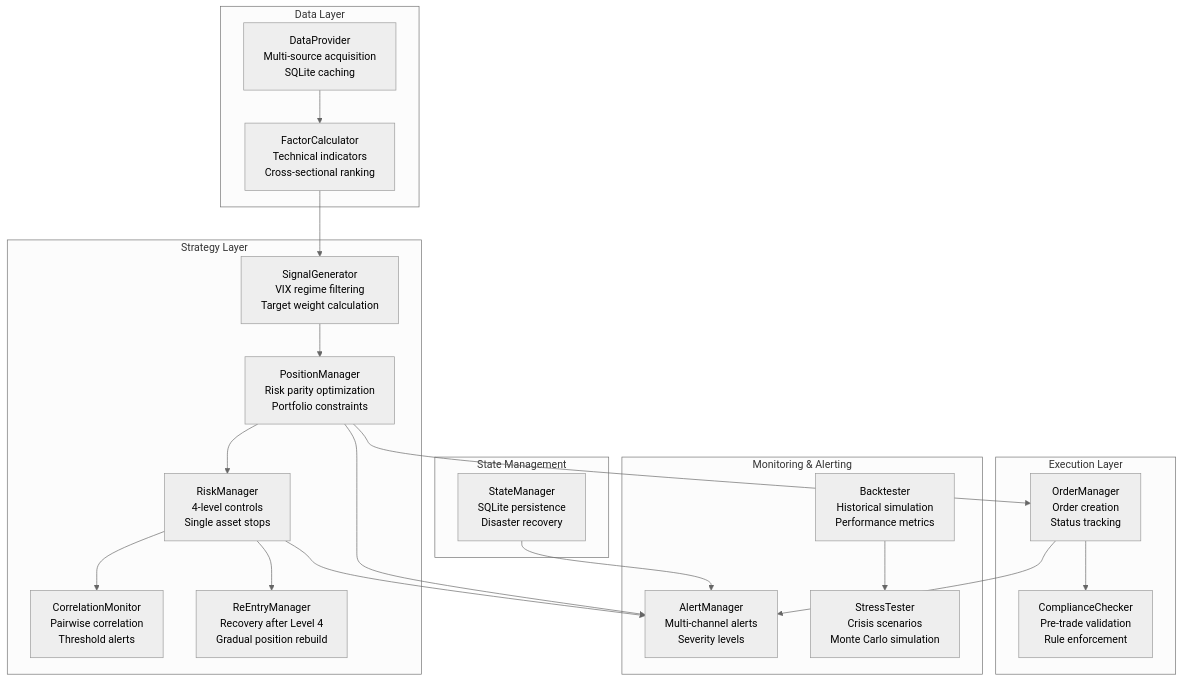
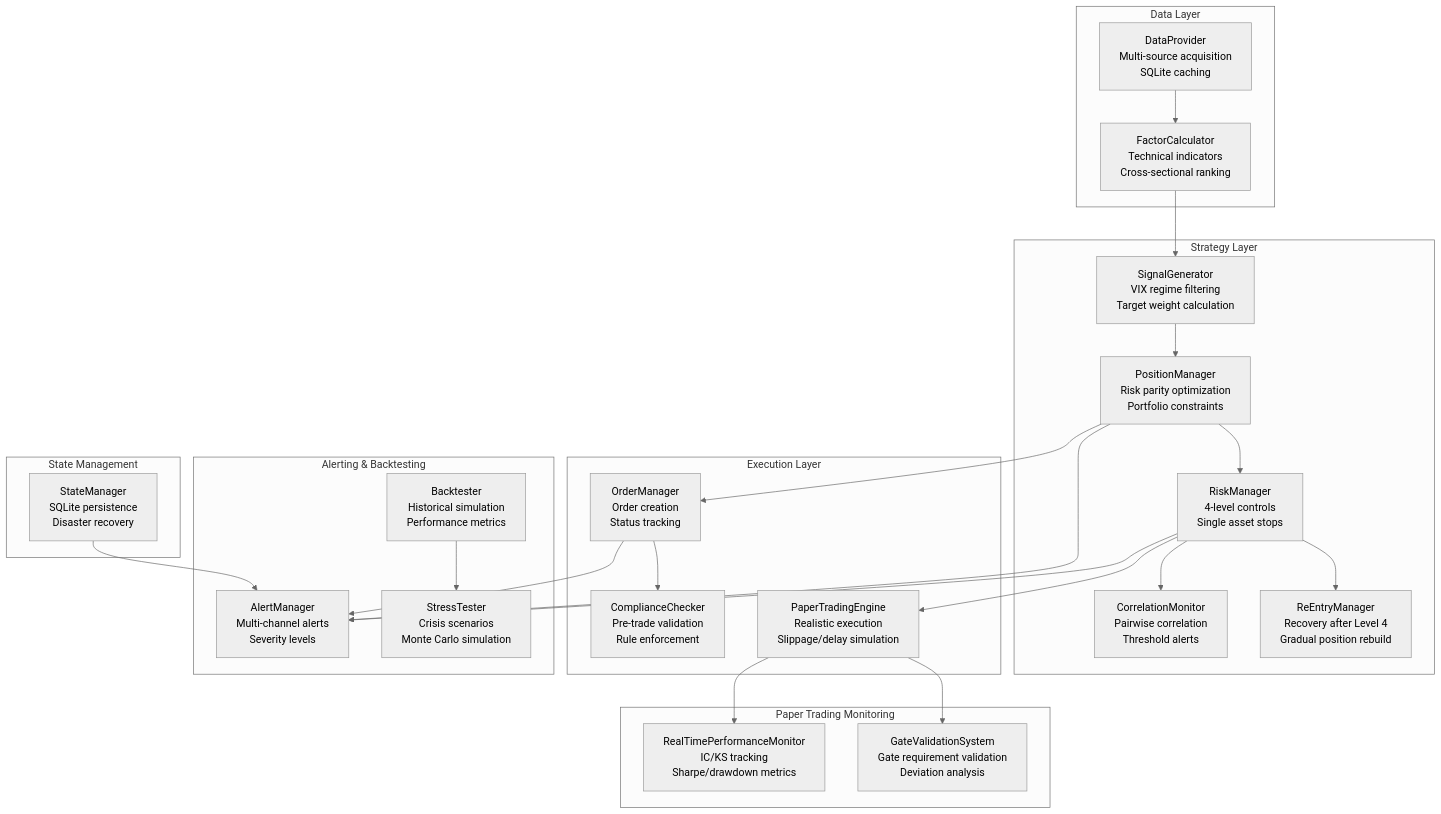
The first of 3 diagrams in .qoder/repowiki/en/content/API Reference/API Reference.md (guofeng201507/shark-quant-trader), drawn with Mermaid (neutral theme) before and after one commit. The commit also changed other lines of this file and 14 other files, not shown here.

````diff
--- a/.qoder/repowiki/en/content/API Reference/API Reference.md
+++ b/.qoder/repowiki/en/content/API Reference/API Reference.md
@@ -57,39 +57,47 @@
 ```mermaid
 graph TB
 subgraph "Data Layer"
 DP["DataProvider<br/>Multi-source acquisition<br/>SQLite caching"]
 FC["FactorCalculator<br/>Technical indicators<br/>Cross-sectional ranking"]
 end
 subgraph "Strategy Layer"
 SG["SignalGenerator<br/>VIX regime filtering<br/>Target weight calculation"]
 PM["PositionManager<br/>Risk parity optimization<br/>Portfolio constraints"]
 RM["RiskManager<br/>4-level controls<br/>Single asset stops"]
 CM["CorrelationMonitor<br/>Pairwise correlation<br/>Threshold alerts"]
 REM["ReEntryManager<br/>Recovery after Level 4<br/>Gradual position rebuild"]
 end
 subgraph "Execution Layer"
 OM["OrderManager<br/>Order creation<br/>Status tracking"]
 CC["ComplianceChecker<br/>Pre-trade validation<br/>Rule enforcement"]
+PT["PaperTradingEngine<br/>Realistic execution<br/>Slippage/delay simulation"]
 end
-subgraph "Monitoring & Alerting"
+subgraph "Paper Trading Monitoring"
+RTPM["RealTimePerformanceMonitor<br/>IC/KS tracking<br/>Sharpe/drawdown metrics"]
+GVS["GateValidationSystem<br/>Gate requirement validation<br/>Deviation analysis"]
+end
+subgraph "State Management"
+SM["StateManager<br/>SQLite persistence<br/>Disaster recovery"]
+end
+subgraph "Alerting & Backtesting"
 AM["AlertManager<br/>Multi-channel alerts<br/>Severity levels"]
 BT["Backtester<br/>Historical simulation<br/>Performance metrics"]
 ST["StressTester<br/>Crisis scenarios<br/>Monte Carlo simulation"]
-end
-subgraph "State Management"
-SM["StateManager<br/>SQLite persistence<br/>Disaster recovery"]
 end
 DP --> FC
 FC --> SG
 SG --> PM
 PM --> RM
+RM --> PT
+PT --> RTPM
+PT --> GVS
 RM --> CM
 RM --> REM
 PM --> OM
 OM --> CC
 RM --> AM
 PM --> AM
 OM --> AM
 SM --> AM
 BT --> ST
 ```
````
